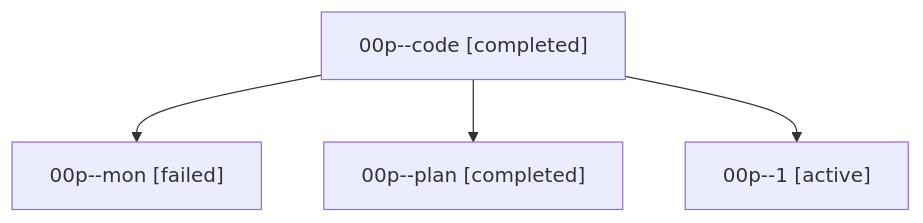
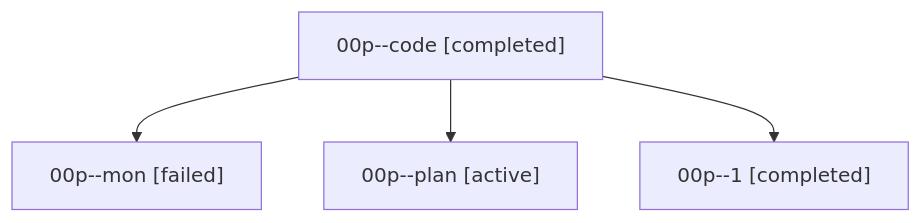
One commit to sase-org/sase--agents changed the diagram in families/bbugyi200.athena.00p.md. Above: the diagram before and after it, drawn with Mermaid. The commit also changed other lines of this file and 35830 other files, not shown here.

````diff
--- a/families/bbugyi200.athena.00p.md
+++ b/families/bbugyi200.athena.00p.md
@@ -9,10 +9,10 @@
 ```mermaid
 flowchart TD
   n0["00p--code [completed]"]
   n1["00p--mon [failed]"]
   n0 --> n1
-  n2["00p--plan [completed]"]
+  n2["00p--plan [active]"]
   n0 --> n2
-  n3["00p--1 [active]"]
+  n3["00p--1 [completed]"]
   n0 --> n3
 ```
````
